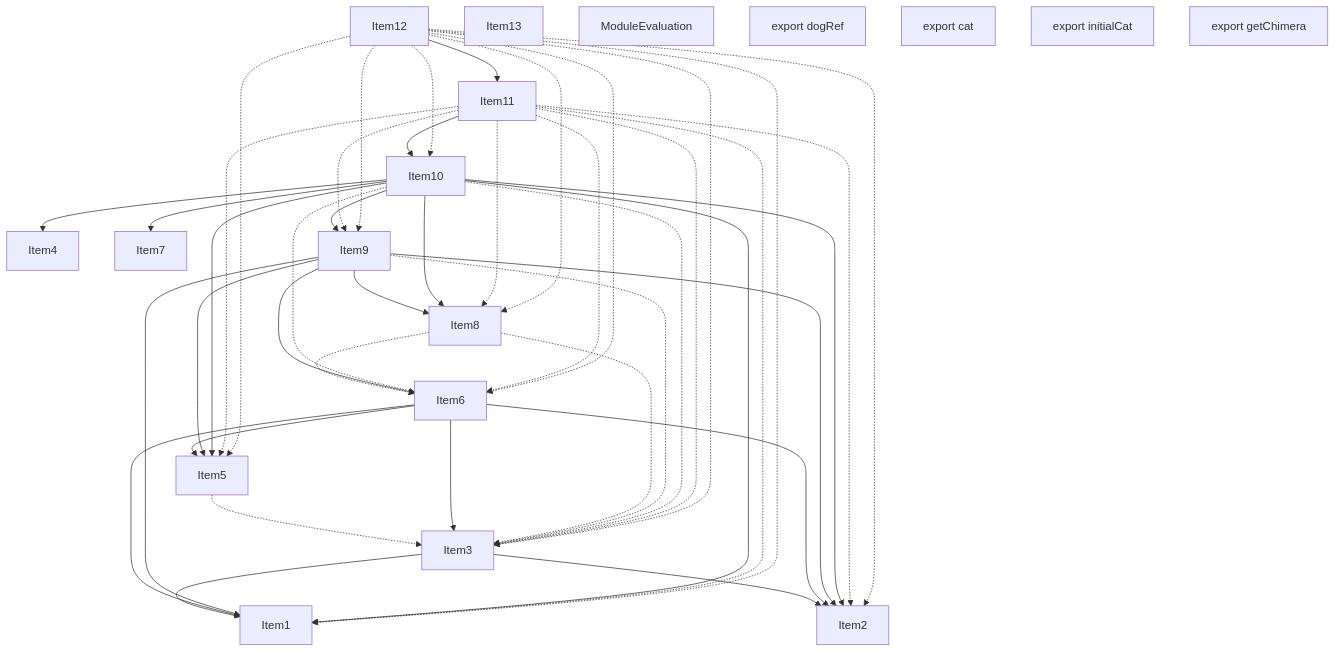
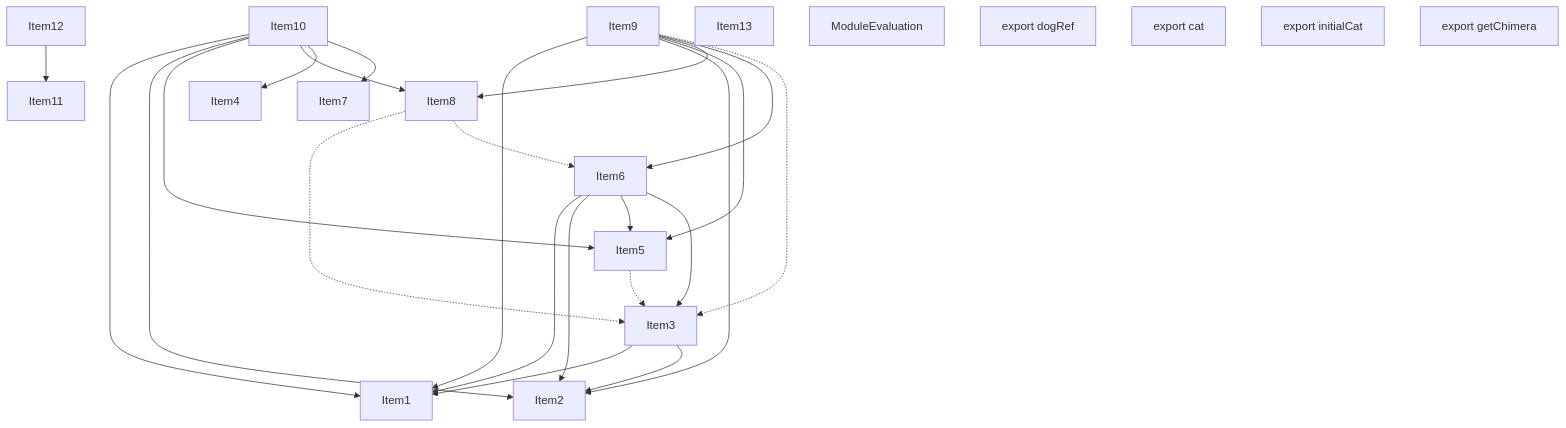
Before and after one commit to vercel/turborepo: the second of 4 diagrams in crates/turbopack-ecmascript/tests/tree-shaker/analyzer/complex/output.md, drawn with Mermaid. The commit also changed other lines of this file and 3 other files, not shown here.

````diff
--- a/crates/turbopack-ecmascript/tests/tree-shaker/analyzer/complex/output.md
+++ b/crates/turbopack-ecmascript/tests/tree-shaker/analyzer/complex/output.md
@@ -170,67 +166,48 @@
 ```mermaid
 graph TD
     Item1;
     Item2;
     Item3;
     Item4;
     Item5;
     Item6;
     Item7;
     Item8;
     Item9;
     Item10;
     Item11;
     Item12;
     Item13;
     Item14;
     Item14["ModuleEvaluation"];
     Item15;
     Item15["export dogRef"];
     Item16;
     Item16["export cat"];
     Item17;
     Item17["export initialCat"];
     Item18;
     Item18["export getChimera"];
     Item3 --> Item1;
     Item3 --> Item2;
     Item5 -.-> Item3;
     Item6 --> Item1;
     Item6 --> Item2;
     Item6 --> Item5;
     Item6 --> Item3;
     Item8 -.-> Item3;
     Item8 -.-> Item6;
     Item9 --> Item1;
     Item9 --> Item2;
     Item9 --> Item5;
     Item9 --> Item8;
     Item9 --> Item6;
     Item9 -.-> Item3;
     Item10 --> Item1;
     Item10 --> Item2;
     Item10 --> Item5;
     Item10 --> Item8;
     Item10 --> Item4;
     Item10 --> Item7;
-    Item10 --> Item9;
-    Item10 -.-> Item3;
-    Item10 -.-> Item6;
-    Item11 --> Item10;
-    Item11 -.-> Item1;
-    Item11 -.-> Item2;
-    Item11 -.-> Item5;
-    Item11 -.-> Item8;
-    Item11 -.-> Item3;
-    Item11 -.-> Item6;
-    Item11 -.-> Item9;
     Item12 --> Item11;
-    Item12 -.-> Item1;
-    Item12 -.-> Item2;
-    Item12 -.-> Item5;
-    Item12 -.-> Item8;
-    Item12 -.-> Item3;
-    Item12 -.-> Item6;
-    Item12 -.-> Item9;
-    Item12 -.-> Item10;
 ```
````
